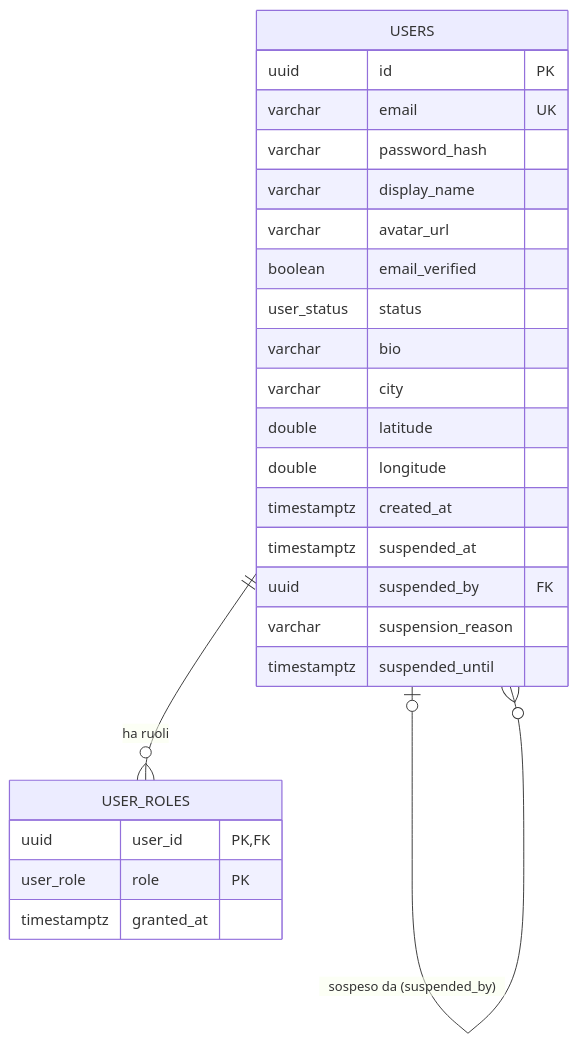
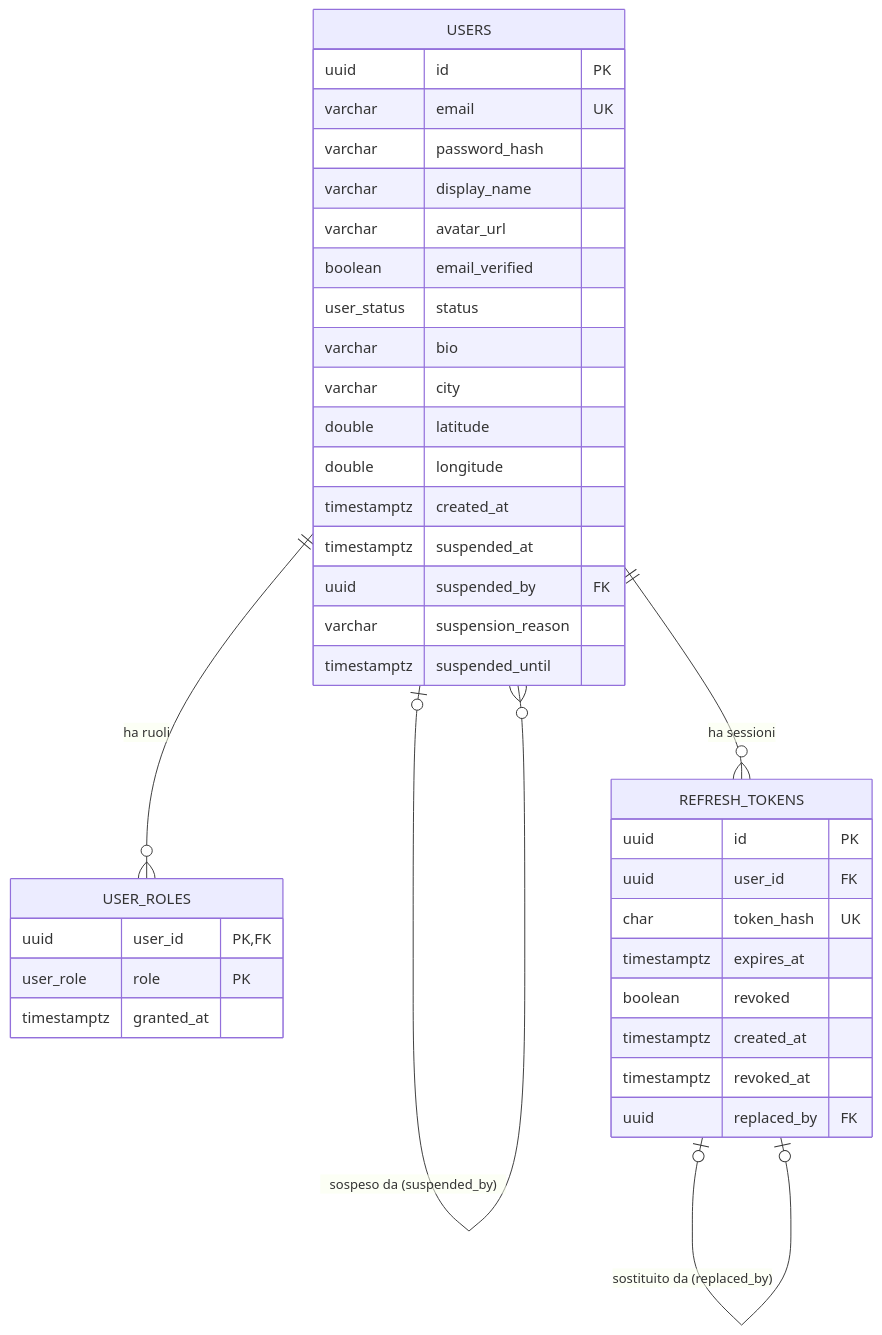
One commit to AlbertoRazzolini/Resonance_app changed the diagram in docs/schema-db.md. Above: the diagram before and after it, drawn with Mermaid. The commit also changed other lines of this file and 31 other files, not shown here.

First line of the commit message:
feat(auth): aggiunge login, rotazione del refresh token e logout

````diff
--- a/docs/schema-db.md
+++ b/docs/schema-db.md
@@ -79,30 +96,43 @@
 ```mermaid
 erDiagram
     USERS ||--o{ USER_ROLES : "ha ruoli"
     USERS |o--o{ USERS : "sospeso da (suspended_by)"
+    USERS ||--o{ REFRESH_TOKENS : "ha sessioni"
+    REFRESH_TOKENS |o--o| REFRESH_TOKENS : "sostituito da (replaced_by)"
 
     USERS {
         uuid id PK
         varchar email UK
         varchar password_hash
         varchar display_name
         varchar avatar_url
         boolean email_verified
         user_status status
         varchar bio
         varchar city
         double latitude
         double longitude
         timestamptz created_at
         timestamptz suspended_at
         uuid suspended_by FK
         varchar suspension_reason
         timestamptz suspended_until
     }
 
     USER_ROLES {
         uuid user_id PK, FK
         user_role role PK
         timestamptz granted_at
     }
+
+    REFRESH_TOKENS {
+        uuid id PK
+        uuid user_id FK
+        char token_hash UK
+        timestamptz expires_at
+        boolean revoked
+        timestamptz created_at
+        timestamptz revoked_at
+        uuid replaced_by FK
+    }
 ```
````
